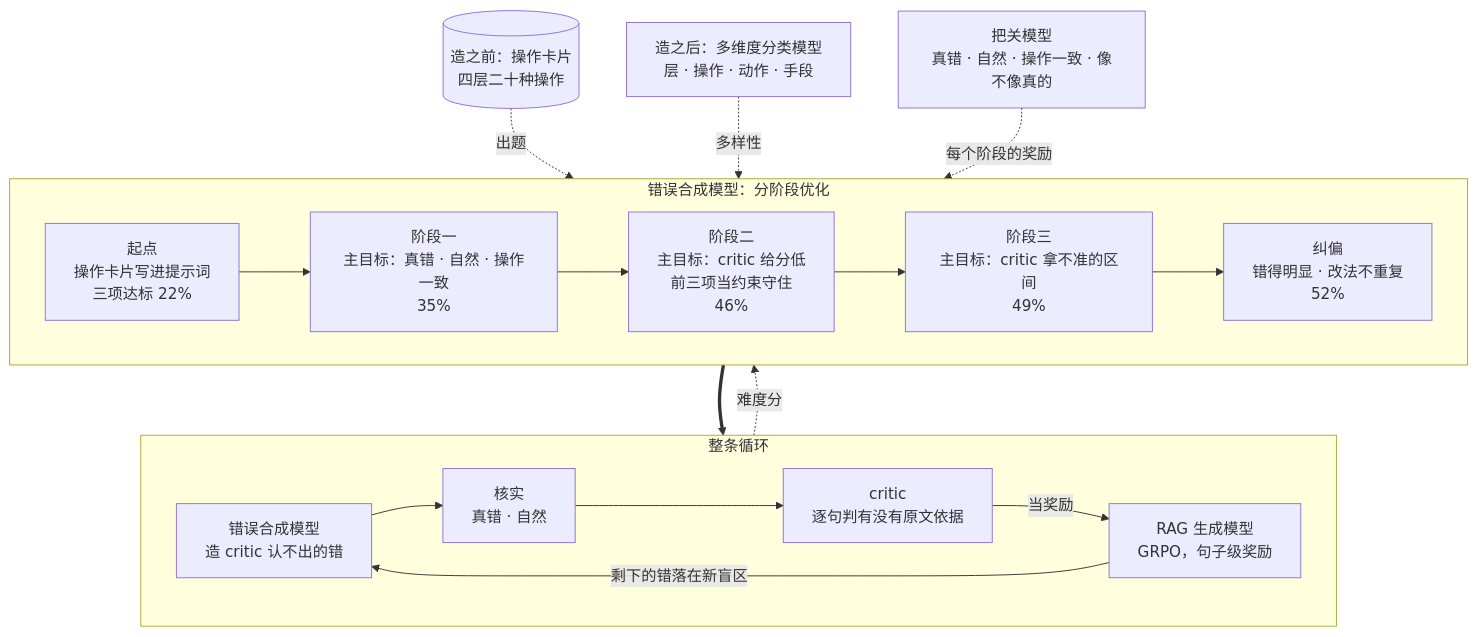
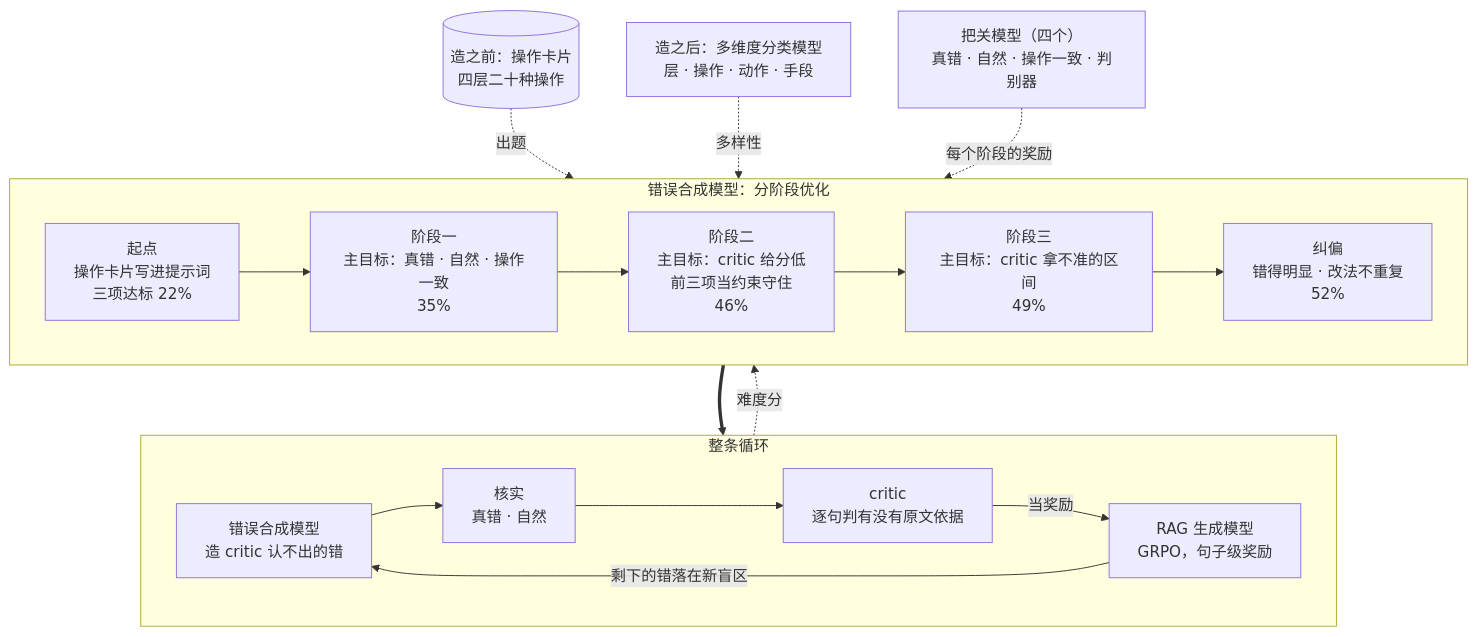
One commit to liaomingyue/claim-critic changed the diagram in docs/tech_share.md. Above: the diagram before and after it, drawn with Mermaid. The commit also changed other lines of this file, not shown here.

Commit message:
Docs: spell out the four gate models and that the discriminator is used by rank only

````diff
--- a/docs/tech_share.md
+++ b/docs/tech_share.md
@@ -24,30 +24,30 @@
 ```mermaid
 flowchart TB
     subgraph LOOP["整条循环"]
         direction LR
         G["错误合成模型<br/>造 critic 认不出的错"] --> V["核实<br/>真错 · 自然"]
         V --> C["critic<br/>逐句判有没有原文依据"]
         C -->|当奖励| P["RAG 生成模型<br/>GRPO，句子级奖励"]
         P -->|剩下的错落在新盲区| G
     end
 
     subgraph SYN["错误合成模型：分阶段优化"]
         direction LR
         S0["起点<br/>操作卡片写进提示词<br/>三项达标 22%"]
         S1["阶段一<br/>主目标：真错 · 自然 · 操作一致<br/>35%"]
         S2["阶段二<br/>主目标：critic 给分低<br/>前三项当约束守住<br/>46%"]
         S3["阶段三<br/>主目标：critic 拿不准的区间<br/>49%"]
         S4["纠偏<br/>错得明显 · 改法不重复<br/>52%"]
         S0 --> S1 --> S2 --> S3 --> S4
     end
 
     CARD[("造之前：操作卡片<br/>四层二十种操作")]
-    GATE["把关模型<br/>真错 · 自然 · 操作一致 · 像不像真的"]
+    GATE["把关模型（四个）<br/>真错 · 自然 · 操作一致 · 判别器"]
     CLS["造之后：多维度分类模型<br/>层 · 操作 · 动作 · 手段"]
 
     CARD -.->|出题| S0
     GATE -.->|每个阶段的奖励| SYN
     C -.->|难度分| S2
     CLS -.->|多样性| S4
     S4 ==> G
 ```
````
